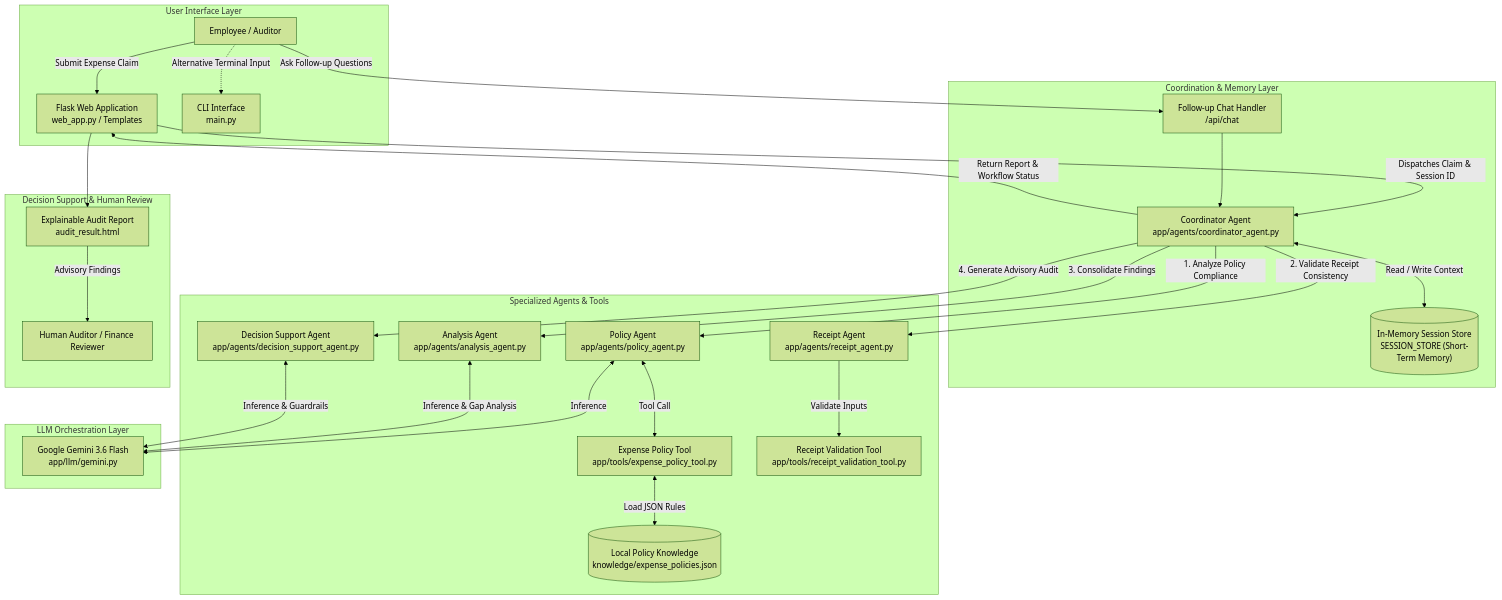
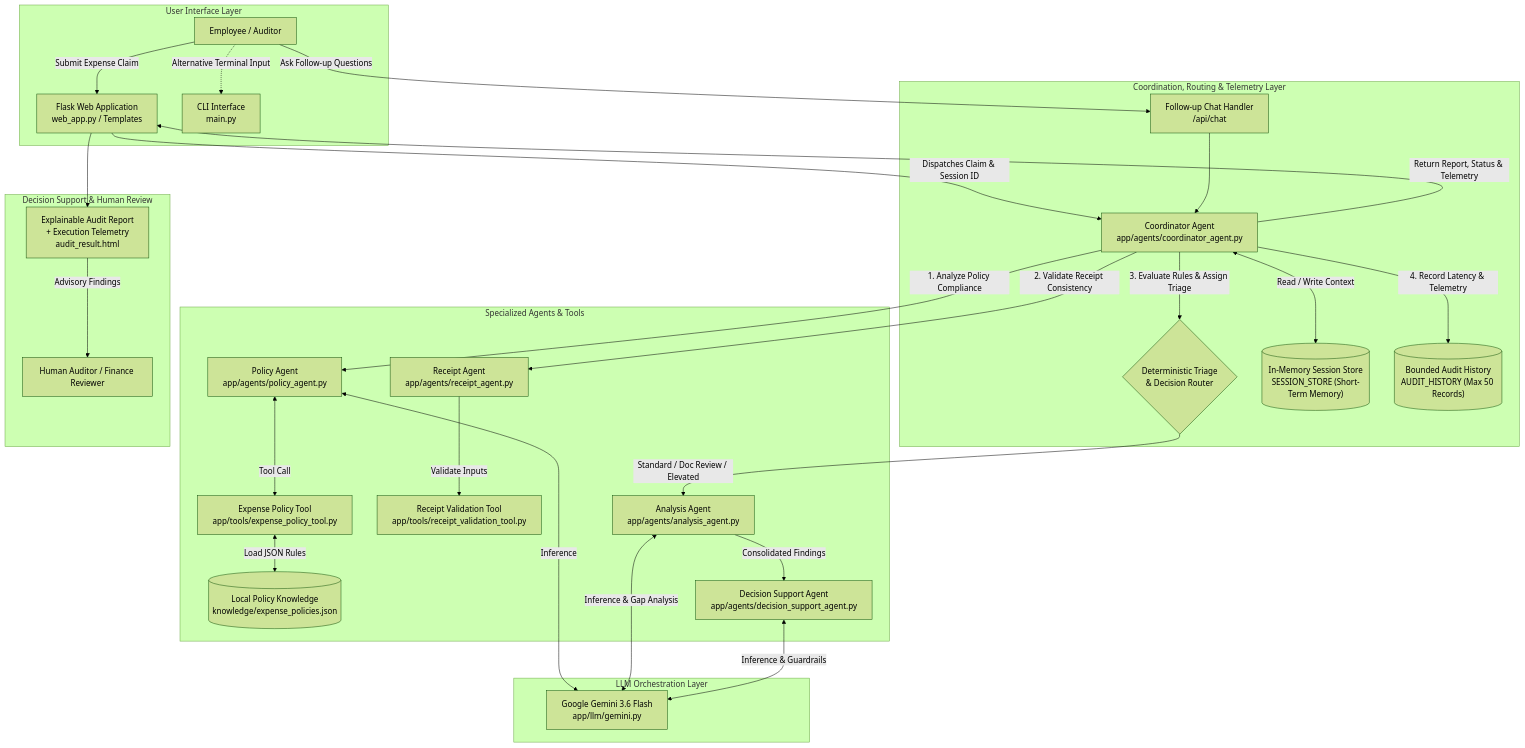
Before and after one commit to hareesh100807/AI-Agent-Coordination-Decision-Engine: the diagram in README.md, drawn with Mermaid (forest theme). The commit also changed other lines of this file and 5 other files, not shown here.

First line of the commit message:
feat: Enhance dashboard and workflow with multi-agent coordination and telemetry

````diff
--- a/README.md
+++ b/README.md
@@ -75,61 +82,65 @@
 ```mermaid
 flowchart TD
     subgraph UI_Layer ["User Interface Layer"]
         User["Employee / Auditor"]
         WebUI["Flask Web Application\nweb_app.py / Templates"]
         CLI["CLI Interface\nmain.py"]
     end
 
-    subgraph Coordination_Layer ["Coordination & Memory Layer"]
+    subgraph Coordination_Layer ["Coordination, Routing & Telemetry Layer"]
         Coord["Coordinator Agent\napp/agents/coordinator_agent.py"]
+        TriageRouter{"Deterministic Triage\n& Decision Router"}
         Memory[("In-Memory Session Store\nSESSION_STORE (Short-Term Memory)")]
+        AuditHistory[("Bounded Audit History\nAUDIT_HISTORY (Max 50 Records)")]
         FollowUp["Follow-up Chat Handler\n/api/chat"]
     end
 
     subgraph Specialist_Agents ["Specialized Agents & Tools"]
         PolicyAg["Policy Agent\napp/agents/policy_agent.py"]
         PolicyTool["Expense Policy Tool\napp/tools/expense_policy_tool.py"]
         Knowledge[("Local Policy Knowledge\nknowledge/expense_policies.json")]
 
         ReceiptAg["Receipt Agent\napp/agents/receipt_agent.py"]
         ReceiptTool["Receipt Validation Tool\napp/tools/receipt_validation_tool.py"]
 
         AnalysisAg["Analysis Agent\napp/agents/analysis_agent.py"]
         DecisionAg["Decision Support Agent\napp/agents/decision_support_agent.py"]
     end
 
     subgraph LLM_Layer ["LLM Orchestration Layer"]
         Gemini["Google Gemini 3.6 Flash\napp/llm/gemini.py"]
     end
 
     subgraph Review_Layer ["Decision Support & Human Review"]
-        AuditReport["Explainable Audit Report\naudit_result.html"]
+        AuditReport["Explainable Audit Report\n+ Execution Telemetry\naudit_result.html"]
         HumanReviewer["Human Auditor / Finance Reviewer"]
     end
 
     User -->|Submit Expense Claim| WebUI
     User -.->|Alternative Terminal Input| CLI
     WebUI -->|Dispatches Claim & Session ID| Coord
     Coord <-->|Read / Write Context| Memory
 
     Coord -->|1. Analyze Policy Compliance| PolicyAg
     PolicyAg <-->|Tool Call| PolicyTool
     PolicyTool <-->|Load JSON Rules| Knowledge
     PolicyAg <-->|Inference| Gemini
 
     Coord -->|2. Validate Receipt Consistency| ReceiptAg
     ReceiptAg -->|Validate Inputs| ReceiptTool
 
-    Coord -->|3. Consolidate Findings| AnalysisAg
+    Coord -->|3. Evaluate Rules & Assign Triage| TriageRouter
+    TriageRouter -->|Standard / Doc Review / Elevated| AnalysisAg
+
     AnalysisAg <-->|Inference & Gap Analysis| Gemini
-
-    Coord -->|4. Generate Advisory Audit| DecisionAg
+    AnalysisAg -->|Consolidated Findings| DecisionAg
     DecisionAg <-->|Inference & Guardrails| Gemini
 
-    Coord -->|Return Report & Workflow Status| WebUI
+    Coord -->|4. Record Latency & Telemetry| AuditHistory
+    Coord -->|Return Report, Status & Telemetry| WebUI
     WebUI --> AuditReport
     AuditReport -->|Advisory Findings| HumanReviewer
 
     User -->|Ask Follow-up Questions| FollowUp
     FollowUp --> Coord
 ```
````
